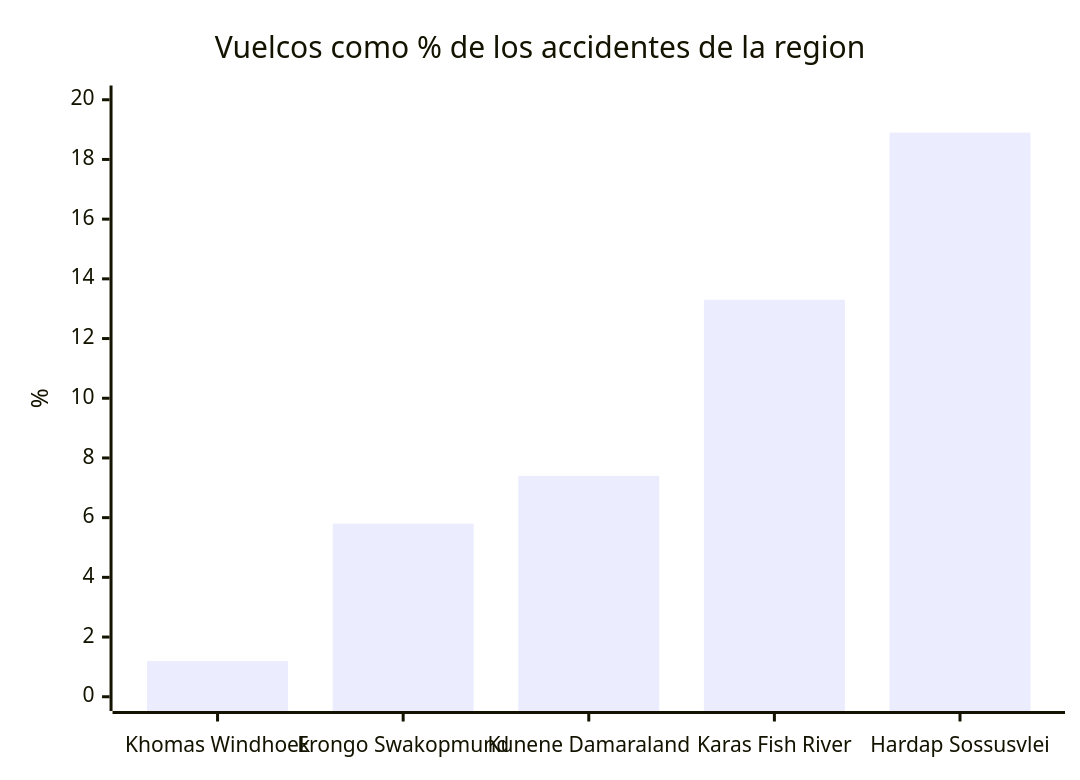
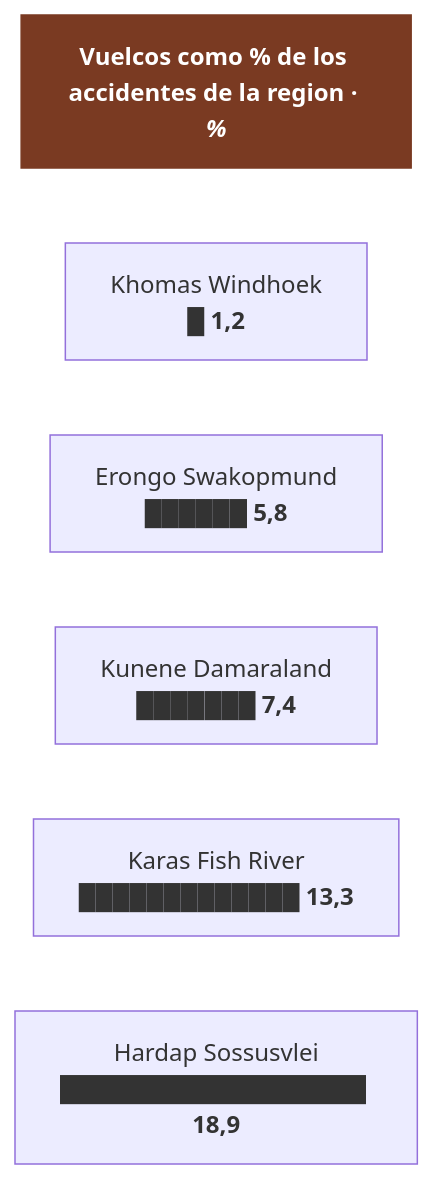
The second of 3 diagrams in 05-conduccion.md (morandeirachema/namibia), drawn with Mermaid before and after one commit. The commit also changed other lines of this file and 9 other files, not shown here.

Commit message:
Cambiar los 23 graficos xychart-beta por barras de flowchart: GitHub no renderiza los tipos beta de Mermaid

````diff
--- a/05-conduccion.md
+++ b/05-conduccion.md
@@ -46,7 +48,15 @@
 ```mermaid
-xychart-beta
-    title "Vuelcos como % de los accidentes de la region"
-    x-axis ["Khomas Windhoek", "Erongo Swakopmund", "Kunene Damaraland", "Karas Fish River", "Hardap Sossusvlei"]
-    y-axis "%" 0 --> 20
-    bar [1.2, 5.8, 7.4, 13.3, 18.9]
+flowchart TD
+    T["<b>Vuelcos como % de los accidentes de la region · <i>%</i></b>"]
+    n0["Khomas Windhoek<br/>█ <b>1,2</b>"]
+    n1["Erongo Swakopmund<br/>██████ <b>5,8</b>"]
+    n2["Kunene Damaraland<br/>███████ <b>7,4</b>"]
+    n3["Karas Fish River<br/>█████████████ <b>13,3</b>"]
+    n4["Hardap Sossusvlei<br/>██████████████████ <b>18,9</b>"]
+    T ~~~ n0
+    n0 ~~~ n1
+    n1 ~~~ n2
+    n2 ~~~ n3
+    n3 ~~~ n4
+    style T fill:#7a3a22,color:#fff,stroke:#7a3a22
 ```
````
